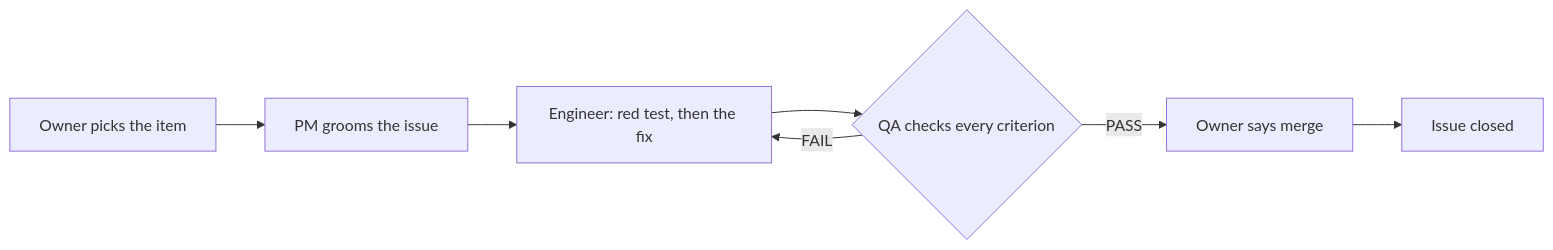
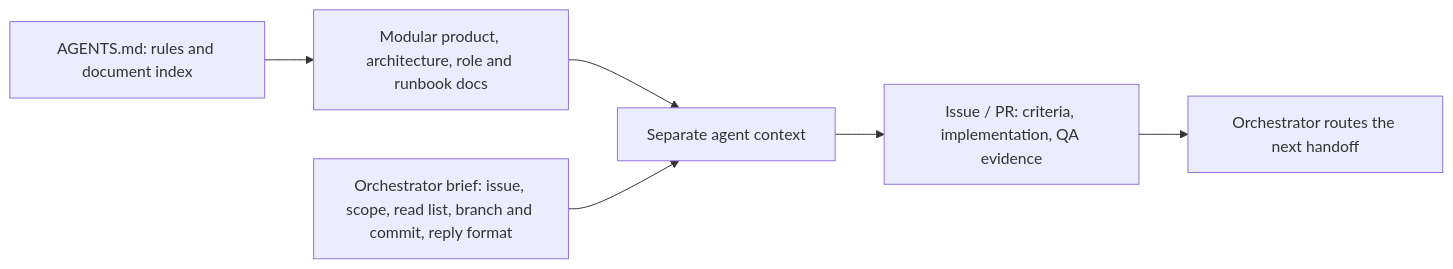
The second of 4 diagrams in README.md (alexisdacquay/sail-event), drawn with Mermaid before and after one commit. The commit also changed other lines of this file and 80 other files, not shown here.

````diff
--- a/README.md
+++ b/README.md
@@ -176,9 +131,8 @@
 ```mermaid
 flowchart LR
-  O[Owner picks the item] --> PM[PM grooms the issue]
-  PM --> E[Engineer: red test, then the fix]
-  E --> Q{QA checks every criterion}
-  Q -- FAIL --> E
-  Q -- PASS --> M[Owner says merge]
-  M --> C[Issue closed]
+    A[AGENTS.md: rules and document index] --> D[Modular product, architecture, role and runbook docs]
+    D --> S[Separate agent context]
+    B[Orchestrator brief: issue, scope, read list, branch and commit, reply format] --> S
+    S --> H[Issue / PR: criteria, implementation, QA evidence]
+    H --> R[Orchestrator routes the next handoff]
 ```
````
